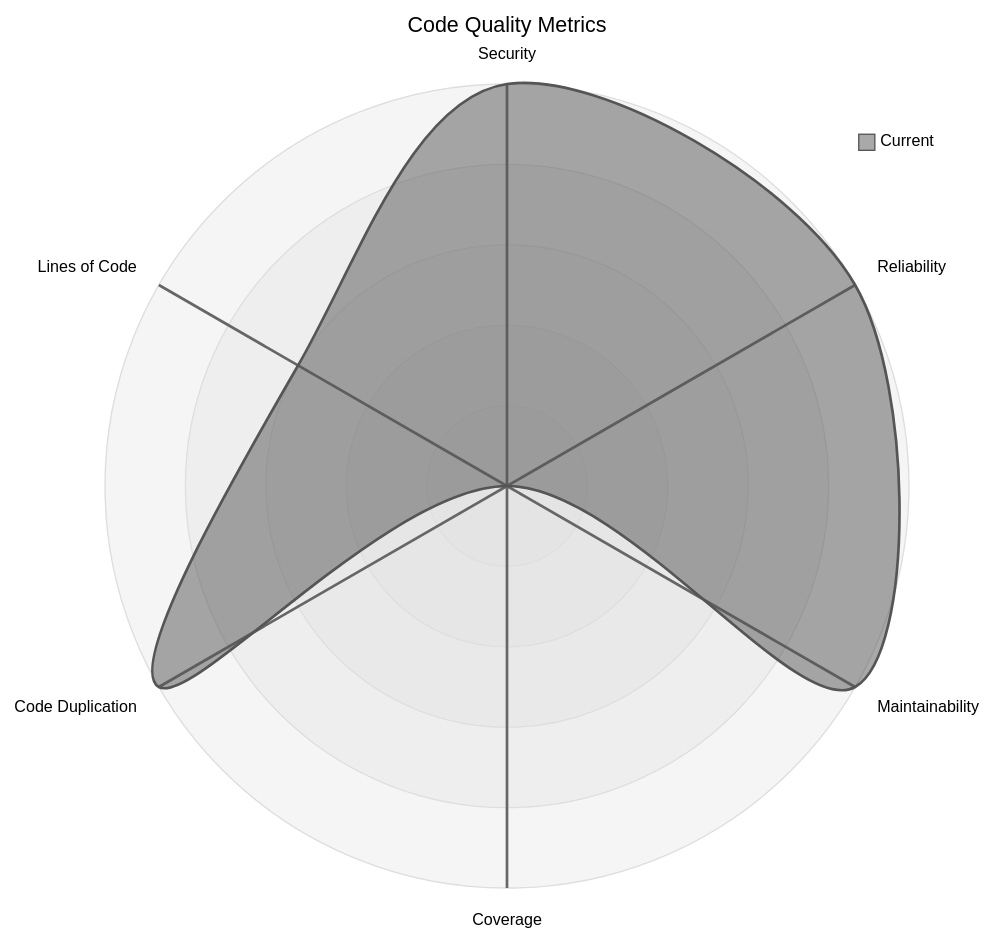
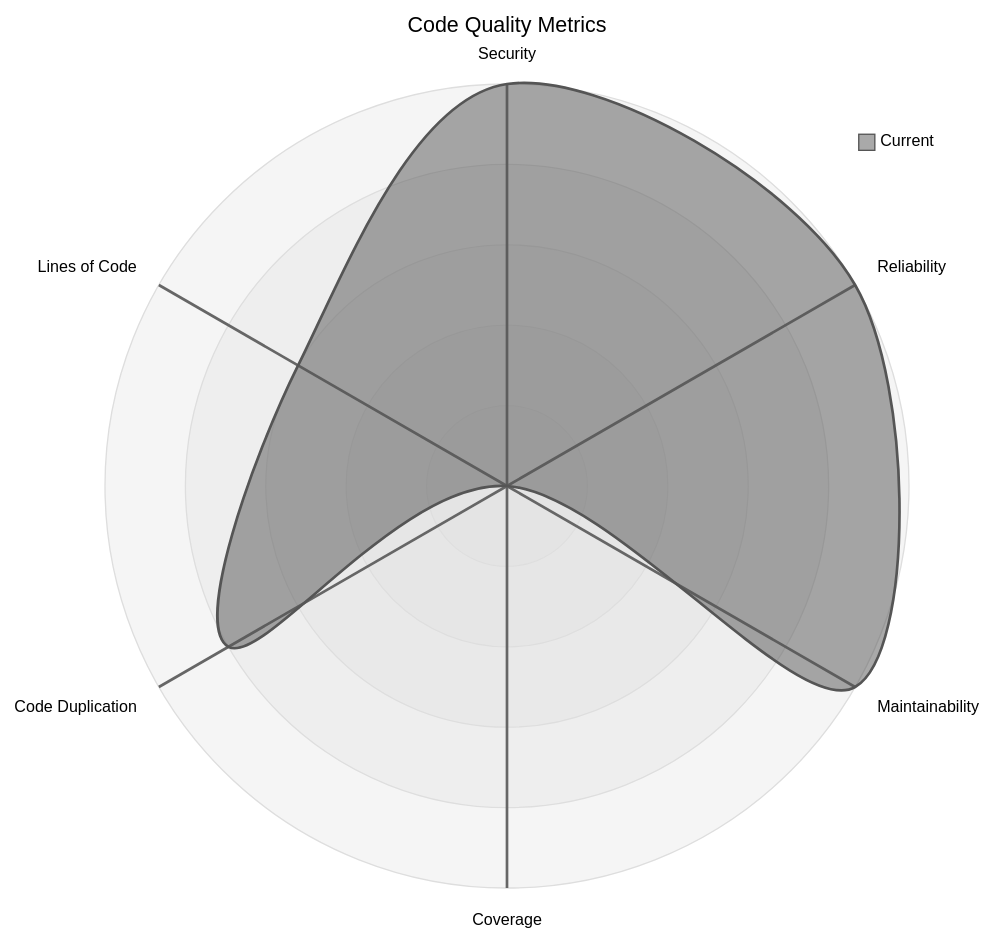
Before and after one commit to merlinbecker/CodexMiroir: the diagram in codequality/report.md, drawn with Mermaid (neutral theme). The commit also changed other lines of this file, not shown here.

````diff
--- a/codequality/report.md
+++ b/codequality/report.md
@@ -3,11 +3,11 @@
 ```mermaid
 ---
 title: "Code Quality Metrics"
 ---
 radar-beta
   axis s["Security"], r["Reliability"], m["Maintainability"]
   axis c["Coverage"], d["Code Duplication"], l["Lines of Code"]
-  curve current["Current"]{5, 5, 5, 0, 5, 3}
+  curve current["Current"]{5, 5, 5, 0, 4, 3}
   max 5
   min 0
 ```
````
